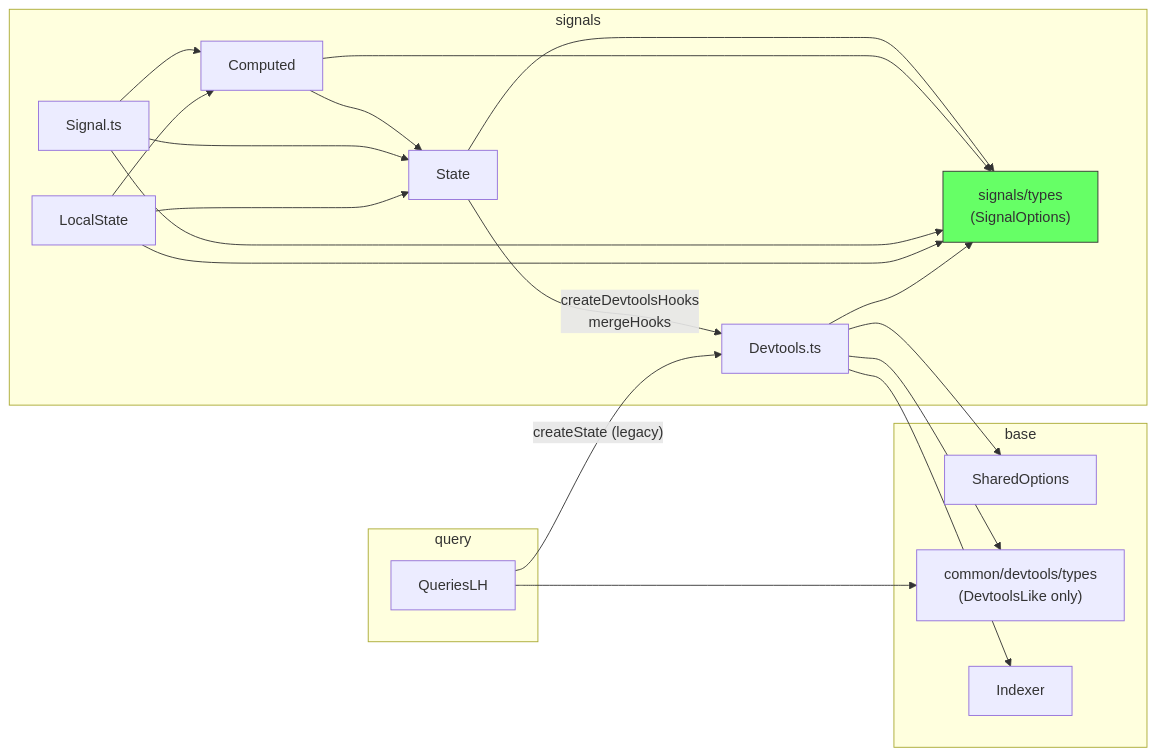
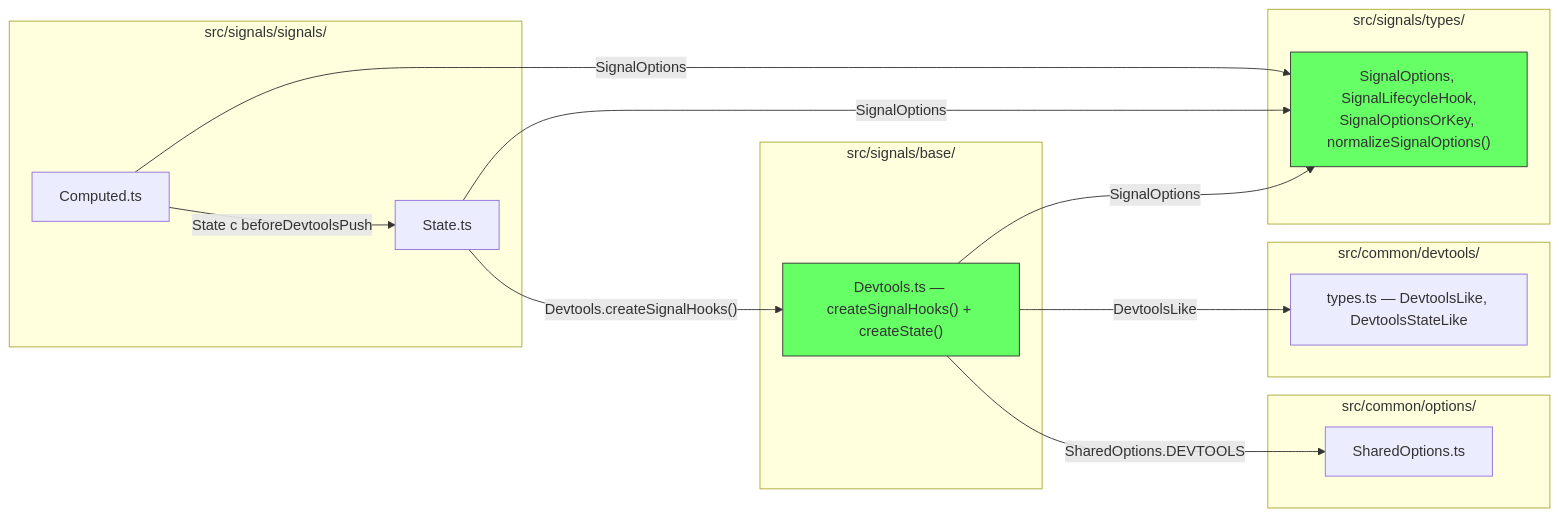
The fifth of 6 diagrams in .thoughts/2026-03-11_signal-devtools-lifecycle/02-design/01-architecture.md (fozy-labs/rx-toolkit), drawn with Mermaid before and after one commit. The commit also changed other lines of this file and 9 other files, not shown here.

Commit message:
thoughts: add design for signal devtools lifecycle hooks

````diff
--- a/.thoughts/2026-03-11_signal-devtools-lifecycle/02-design/01-architecture.md
+++ b/.thoughts/2026-03-11_signal-devtools-lifecycle/02-design/01-architecture.md
@@ -600,29 +296,34 @@
 ```mermaid
 graph LR
-    subgraph signals
-        State -->|"createDevtoolsHooks<br/>mergeHooks"| Devtools_ts["Devtools.ts"]
-        State --> types_new["signals/types<br/>(SignalOptions)"]
-        Computed --> State
-        Computed --> types_new
-        Signal_ts["Signal.ts"] --> State
-        Signal_ts --> Computed
-        Signal_ts --> types_new
-        LocalState --> State
-        LocalState --> Computed
-        LocalState --> types_new
+    subgraph "src/signals/signals/"
+        State["State.ts"]
+        Computed["Computed.ts"]
     end
 
-    subgraph base
-        Devtools_ts --> SharedOpts["SharedOptions"]
-        Devtools_ts --> types_dt["common/devtools/types<br/>(DevtoolsLike only)"]
-        Devtools_ts --> types_new
-        Devtools_ts --> Indexer
+    subgraph "src/signals/types/"
+        SigTypes["SignalOptions, SignalLifecycleHook,<br/>SignalOptionsOrKey, normalizeSignalOptions()"]
     end
 
-    subgraph query
-        QueriesLH -->|"createState (legacy)"| Devtools_ts
-        QueriesLH --> types_dt
+    subgraph "src/signals/base/"
+        Devtools["Devtools.ts — createSignalHooks() + createState()"]
     end
 
-    style types_new fill:#6f6,stroke:#333
+    subgraph "src/common/devtools/"
+        Types["types.ts — DevtoolsLike, DevtoolsStateLike"]
+    end
+
+    subgraph "src/common/options/"
+        SharedOpts["SharedOptions.ts"]
+    end
+
+    State -->|"SignalOptions"| SigTypes
+    State -->|"Devtools.createSignalHooks()"| Devtools
+    Computed -->|"SignalOptions"| SigTypes
+    Computed -->|"State с beforeDevtoolsPush"| State
+    Devtools -->|"SignalOptions"| SigTypes
+    Devtools -->|"DevtoolsLike"| Types
+    Devtools -->|"SharedOptions.DEVTOOLS"| SharedOpts
+
+    style SigTypes fill:#6f6,stroke:#333
+    style Devtools fill:#6f6,stroke:#333
 ```
````
